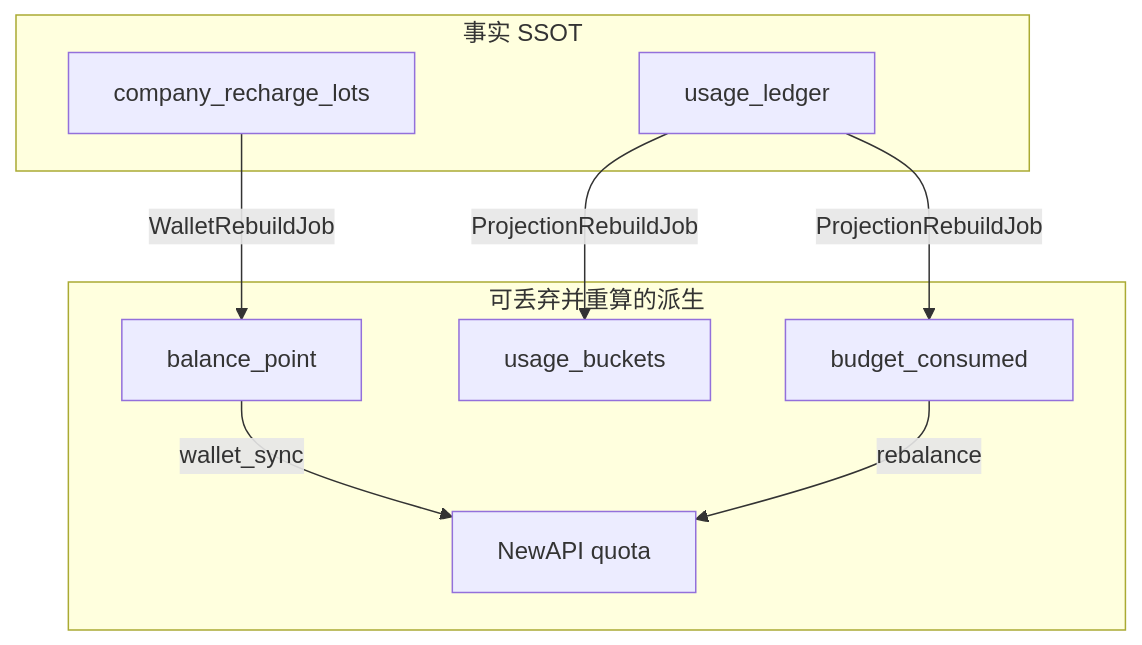
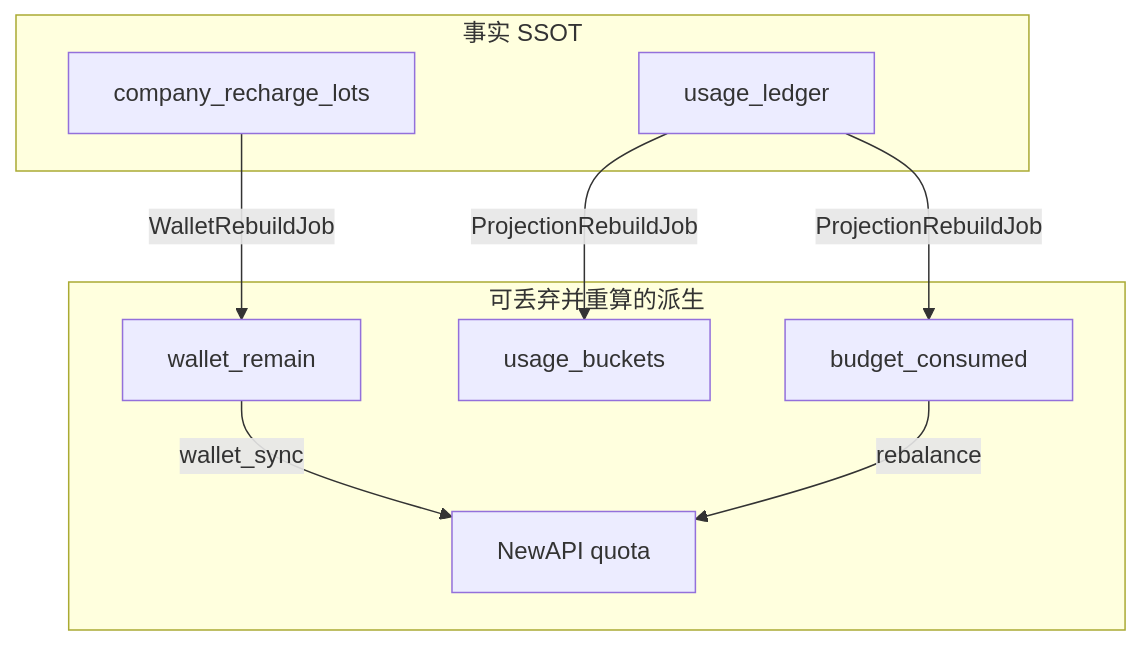
Before and after one commit to quyip8818/mytokenjoy: the third of 6 diagrams in docs/架构评审-系统与数据模型.md, drawn with Mermaid. The commit also changed other lines of this file and 12 other files, not shown here.

````diff
--- a/docs/架构评审-系统与数据模型.md
+++ b/docs/架构评审-系统与数据模型.md
@@ -123,19 +123,19 @@
 ```mermaid
 flowchart TB
   subgraph ssot [事实 SSOT]
     UL[usage_ledger]
     LOT[company_recharge_lots]
   end
 
   subgraph derived [可丢弃并重算的派生]
     BS[budget_consumed]
     UB[usage_buckets]
-    BP[balance_point]
+    BP[wallet_remain]
     NAQ[NewAPI quota]
   end
 
   UL -->|ProjectionRebuildJob| BS & UB
   LOT -->|WalletRebuildJob| BP
   BP -->|wallet_sync| NAQ
   BS -->|rebalance| NAQ
 ```
````
